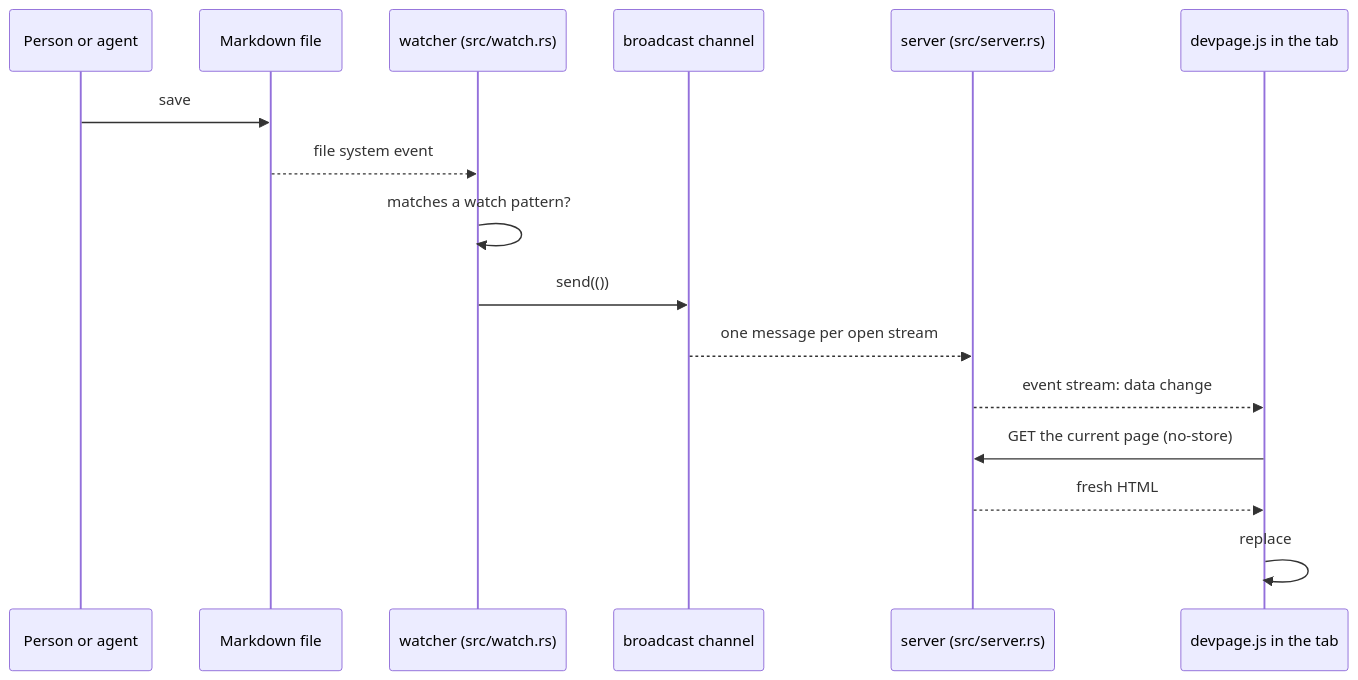
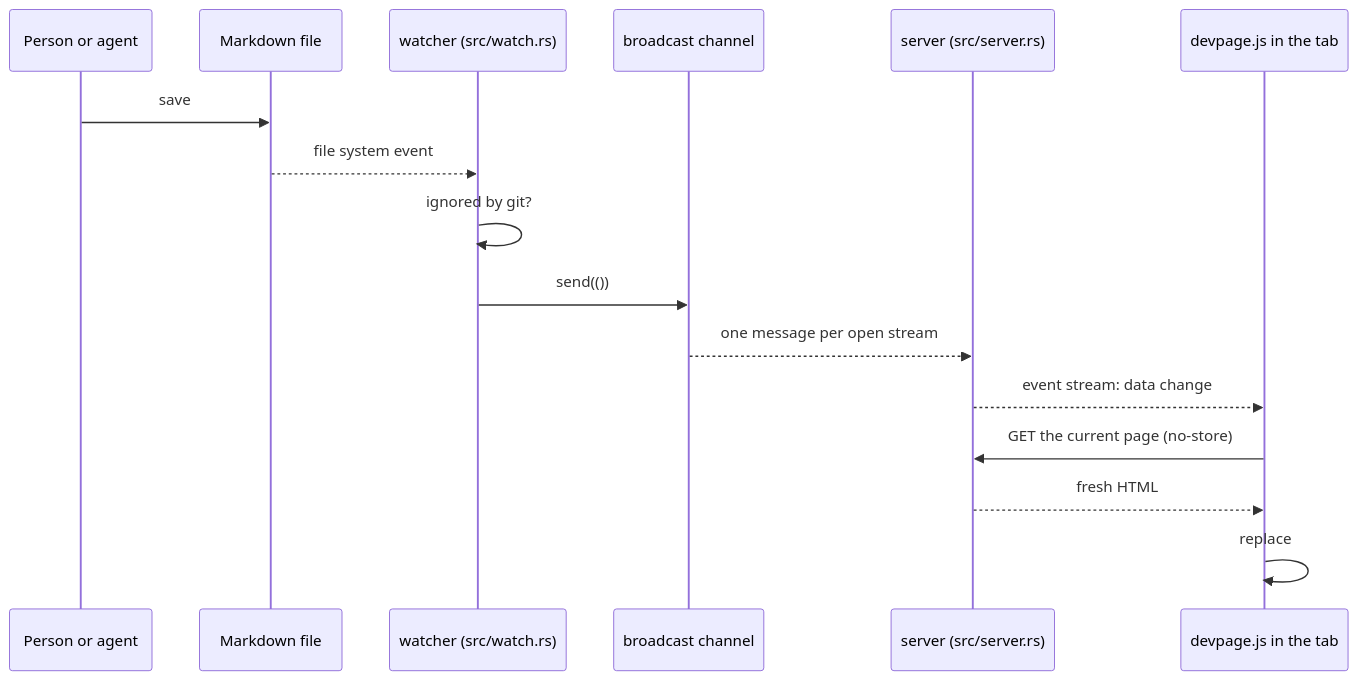
The diagram in docs/boxes/viewer/live-updates/README.md (andrei512/devpage), drawn with Mermaid before and after one commit. The commit also changed other lines of this file and 22 other files, not shown here.

````diff
--- a/docs/boxes/viewer/live-updates/README.md
+++ b/docs/boxes/viewer/live-updates/README.md
@@ -11,18 +12,18 @@
 ```mermaid
 sequenceDiagram
   participant Editor as Person or agent
   participant Disk as Markdown file
   participant Watcher as watcher (src/watch.rs)
   participant Channel as broadcast channel
   participant Server as server (src/server.rs)
   participant Page as devpage.js in the tab
   Editor->>Disk: save
   Disk-->>Watcher: file system event
-  Watcher->>Watcher: matches a watch pattern?
+  Watcher->>Watcher: ignored by git?
   Watcher->>Channel: send(())
   Channel-->>Server: one message per open stream
   Server-->>Page: event stream: data change
   Page->>Server: GET the current page (no-store)
   Server-->>Page: fresh HTML
   Page->>Page: replace #page and #nav, redraw diagrams
 ```
````
